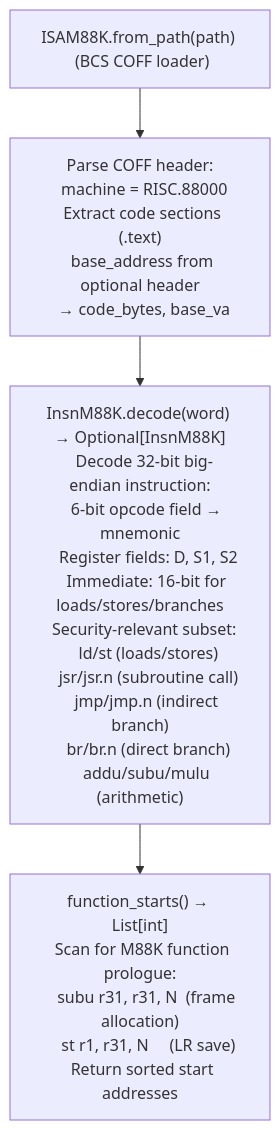
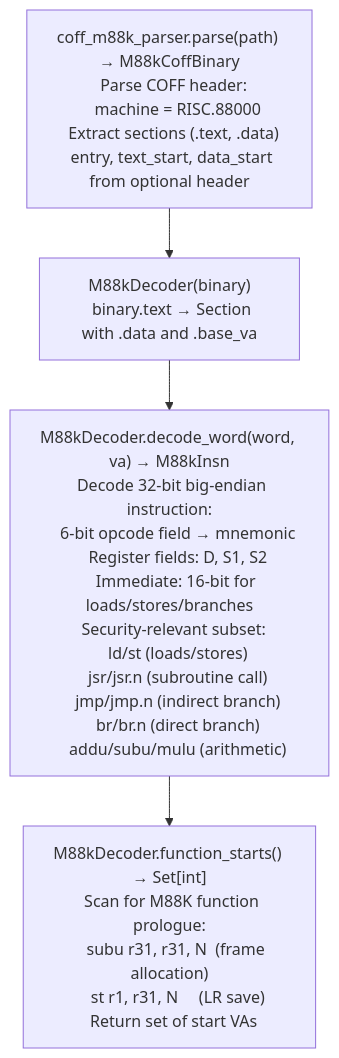
One commit to Ablation-Tool/ablation changed the diagram in docs/reference-modules/motorola-88000-bcs-coff.md. Above: the diagram before and after it, drawn with Mermaid. The commit also changed other lines of this file and 34 other files, not shown here.

````diff
--- a/docs/reference-modules/motorola-88000-bcs-coff.md
+++ b/docs/reference-modules/motorola-88000-bcs-coff.md
@@ -19,6 +19,6 @@
 ```mermaid
 flowchart TD
-    A["ISAM88K.from_path(path)  (BCS COFF loader)"] --> B["Parse COFF header:\n  machine = RISC.88000\n  Extract code sections (.text)\n  base_address from optional header\n  → code_bytes, base_va"]
-    B --> C["InsnM88K.decode(word) → Optional[InsnM88K]\n  Decode 32-bit big-endian instruction:\n    6-bit opcode field → mnemonic\n    Register fields: D, S1, S2\n    Immediate: 16-bit for loads/stores/branches\n  Security-relevant subset:\n    ld/st (loads/stores)\n    jsr/jsr.n (subroutine call)\n    jmp/jmp.n (indirect branch)\n    br/br.n (direct branch)\n    addu/subu/mulu (arithmetic)"]
-    C --> D["function_starts() → List[int]\n  Scan for M88K function prologue:\n    subu r31, r31, N  (frame allocation)\n    st r1, r31, N     (LR save)\n  Return sorted start addresses"]
+    A["coff_m88k_parser.parse(path) → M88kCoffBinary\n  Parse COFF header:\n    machine = RISC.88000\n  Extract sections (.text, .data)\n  entry, text_start, data_start from optional header"] --> B["M88kDecoder(binary)\n  binary.text → Section with .data and .base_va"]
+    B --> C["M88kDecoder.decode_word(word, va) → M88kInsn\n  Decode 32-bit big-endian instruction:\n    6-bit opcode field → mnemonic\n    Register fields: D, S1, S2\n    Immediate: 16-bit for loads/stores/branches\n  Security-relevant subset:\n    ld/st (loads/stores)\n    jsr/jsr.n (subroutine call)\n    jmp/jmp.n (indirect branch)\n    br/br.n (direct branch)\n    addu/subu/mulu (arithmetic)"]
+    C --> D["M88kDecoder.function_starts() → Set[int]\n  Scan for M88K function prologue:\n    subu r31, r31, N  (frame allocation)\n    st r1, r31, N     (LR save)\n  Return set of start VAs"]
 ```
````
